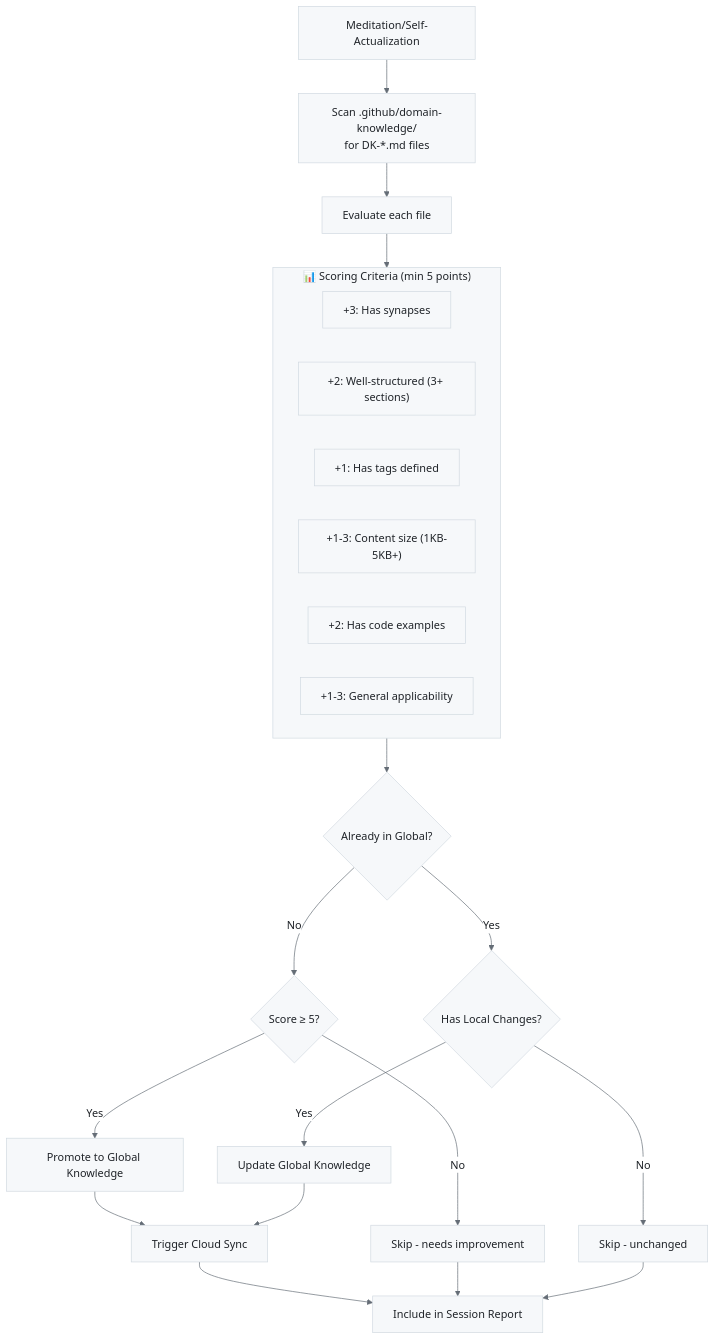
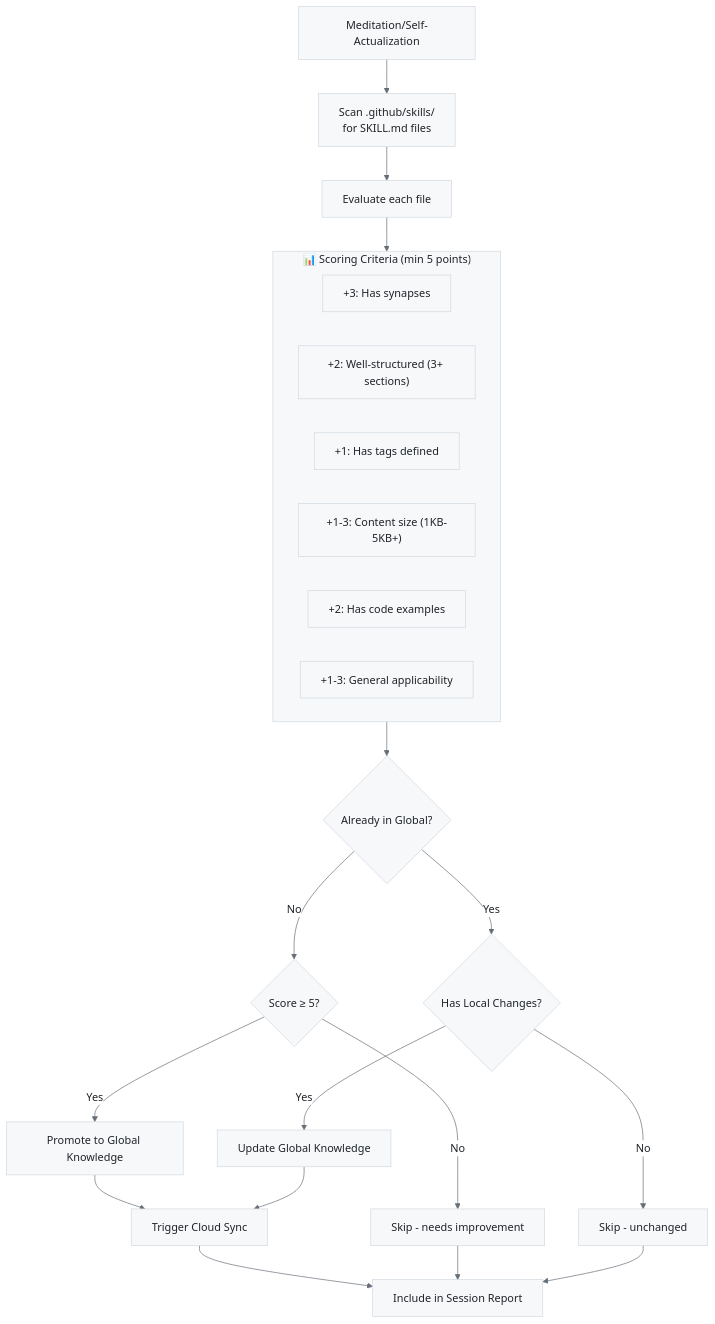
One commit to fabioc-aloha/Alex_Plug_In changed the fifth of 6 diagrams in alex_docs/UNCONSCIOUS-MIND.md. Above: the diagram before and after it, drawn with Mermaid. The commit also changed other lines of this file and 158 other files, not shown here.

First line of the commit message:
docs: Epic architecture consistency update (v3.7.3)

````diff
--- a/alex_docs/UNCONSCIOUS-MIND.md
+++ b/alex_docs/UNCONSCIOUS-MIND.md
@@ -348,46 +348,46 @@
 ```mermaid
 %%{init: {'theme': 'base', 'themeVariables': { 'primaryColor': '#f6f8fa', 'primaryTextColor': '#1f2328', 'primaryBorderColor': '#d1d9e0', 'lineColor': '#656d76', 'secondaryColor': '#f6f8fa', 'tertiaryColor': '#ffffff', 'background': '#ffffff', 'mainBkg': '#f6f8fa', 'nodeBorder': '#d1d9e0', 'clusterBkg': '#f6f8fa', 'clusterBorder': '#d1d9e0', 'titleColor': '#1f2328', 'edgeLabelBackground': '#ffffff'}}}%%
 flowchart TD
     START[Meditation/Self-Actualization]
 
-    SCAN[Scan .github/domain-knowledge/<br/>for DK-*.md files]
+    SCAN[Scan .github/skills/<br/>for SKILL.md files]
     EVAL[Evaluate each file]
 
     subgraph SCORING["📊 Scoring Criteria (min 5 points)"]
         S1["+3: Has synapses"]
         S2["+2: Well-structured (3+ sections)"]
         S3["+1: Has tags defined"]
         S4["+1-3: Content size (1KB-5KB+)"]
         S5["+2: Has code examples"]
         S6["+1-3: General applicability"]
     end
 
     CHECK{Already in Global?}
 
     CHECKUP{Has Local Changes?}
     CHECKSCORE{Score ≥ 5?}
 
     PROMOTE[Promote to Global Knowledge]
     UPDATE[Update Global Knowledge]
     SKIP[Skip - needs improvement]
     UNCHANGED[Skip - unchanged]
 
     SYNC[Trigger Cloud Sync]
     REPORT[Include in Session Report]
 
     START --> SCAN
     SCAN --> EVAL
     EVAL --> SCORING
     SCORING --> CHECK
     CHECK -->|No| CHECKSCORE
     CHECK -->|Yes| CHECKUP
     CHECKUP -->|Yes| UPDATE
     CHECKUP -->|No| UNCHANGED
     CHECKSCORE -->|Yes| PROMOTE
     CHECKSCORE -->|No| SKIP
     PROMOTE --> SYNC
     UPDATE --> SYNC
     SYNC --> REPORT
     SKIP --> REPORT
     UNCHANGED --> REPORT
 ```
````
